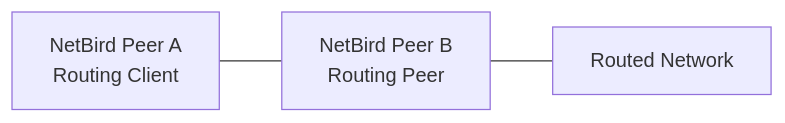
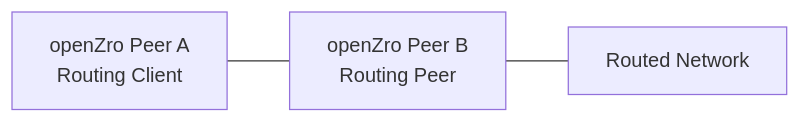
One commit to openzro/docs changed the diagram in src/pages/manage/network-routes/use-cases/by-configuration/access-control.mdx. Above: the diagram before and after it, drawn with Mermaid. The commit also changed other lines of this file and 256 other files, not shown here.

````diff
--- a/src/pages/manage/network-routes/use-cases/by-configuration/access-control.mdx
+++ b/src/pages/manage/network-routes/use-cases/by-configuration/access-control.mdx
@@ -105,5 +105,5 @@
 ```mermaid
 graph LR
-    A[NetBird Peer A<br>Routing Client] --- B[NetBird Peer B<br>Routing Peer]
+    A[openZro Peer A<br>Routing Client] --- B[openZro Peer B<br>Routing Peer]
     B --- C[Routed Network]
 ```
````
